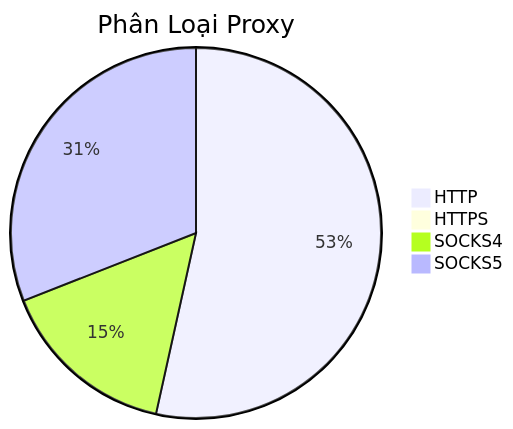
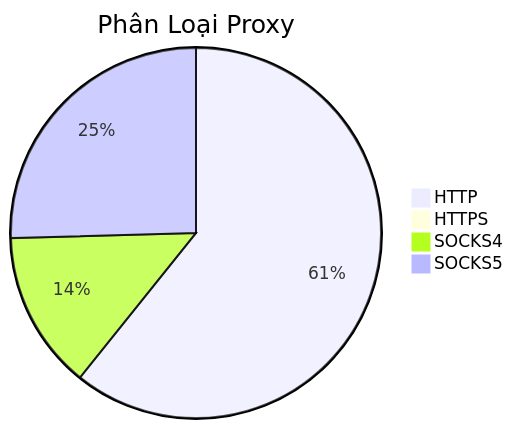
The diagram in README.md (Ciara-12/PROXY-free), drawn with Mermaid before and after one commit. The commit also changed other lines of this file and 4 other files, not shown here.

````diff
--- a/README.md
+++ b/README.md
@@ -26,7 +26,7 @@
 ```mermaid
 pie title Phân Loại Proxy
-    "HTTP" : 563
-    "HTTPS" : 6
-    "SOCKS4" : 164
-    "SOCKS5" : 326
+    "HTTP" : 793
+    "HTTPS" : 3
+    "SOCKS4" : 180
+    "SOCKS5" : 332
 ```
````
